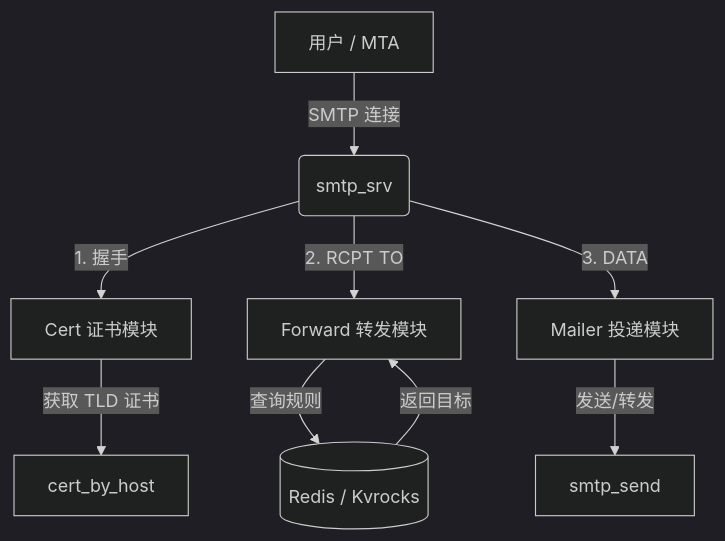
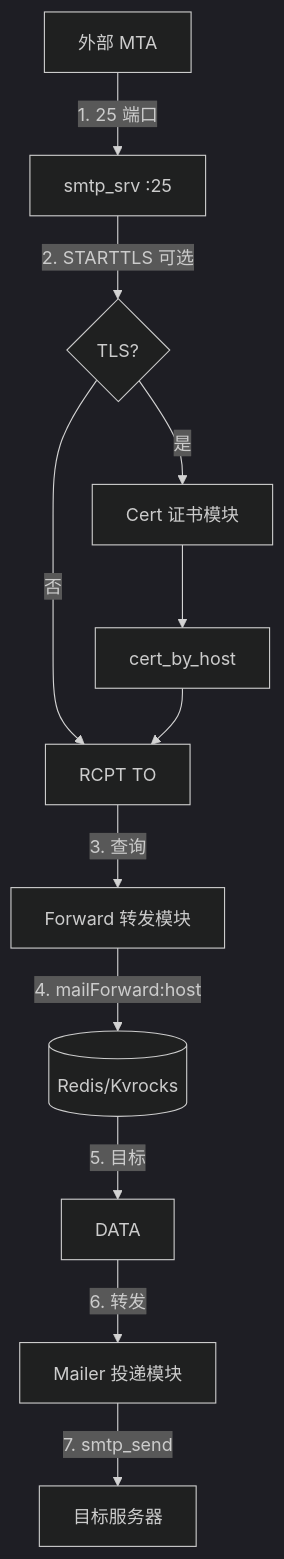
One commit to js0-site/rust changed the first of 2 diagrams in smtp_srv/readme/zh.md. Above: the diagram before and after it, drawn with Mermaid (dark theme). The commit also changed other lines of this file and 17 other files, not shown here.

````diff
--- a/smtp_srv/readme/zh.md
+++ b/smtp_srv/readme/zh.md
@@ -70,13 +38,14 @@
 ```mermaid
 graph TD
-  User[用户 / MTA] -->|SMTP 连接| Server(smtp_srv)
-  Server -->|1. 握手| Cert[Cert 证书模块]
-  Cert -->| 获取 TLD 证书| CBH[cert_by_host]
-
-  Server -->|2. RCPT TO| Fwd[Forward 转发模块]
-  Fwd -->| 查询规则| DB[(Redis / Kvrocks)]
-  DB -->| 返回目标| Fwd
-
-  Server -->|3. DATA| Mailer[Mailer 投递模块]
-  Mailer -->| 发送/转发| SMTP_Send[smtp_send]
+  MTA[外部 MTA] -->|1. 25 端口| P25[smtp_srv :25]
+  P25 -->|2. STARTTLS 可选| TLS{TLS?}
+  TLS -->|是| Cert[Cert 证书模块]
+  Cert --> CBH[cert_by_host]
+  TLS -->|否| RCPT[RCPT TO]
+  CBH --> RCPT
+  RCPT -->|3. 查询| Fwd[Forward 转发模块]
+  Fwd -->|4. mailForward:host| DB[(Redis/Kvrocks)]
+  DB -->|5. 目标| DATA[DATA]
+  DATA -->|6. 转发| Mailer[Mailer 投递模块]
+  Mailer -->|7. smtp_send| Target[目标服务器]
 ```
````
